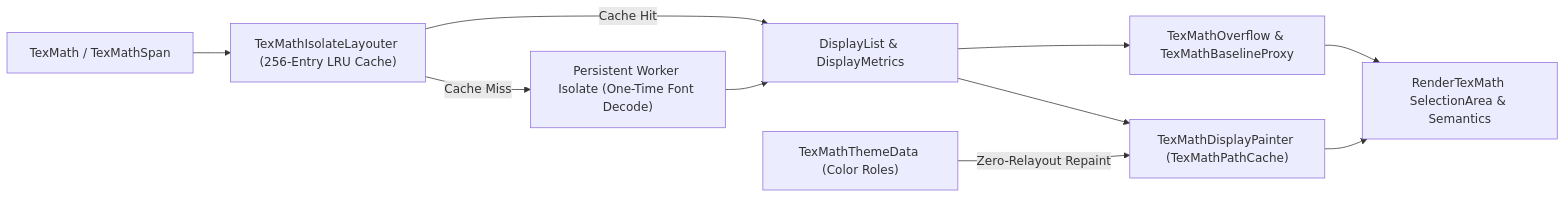
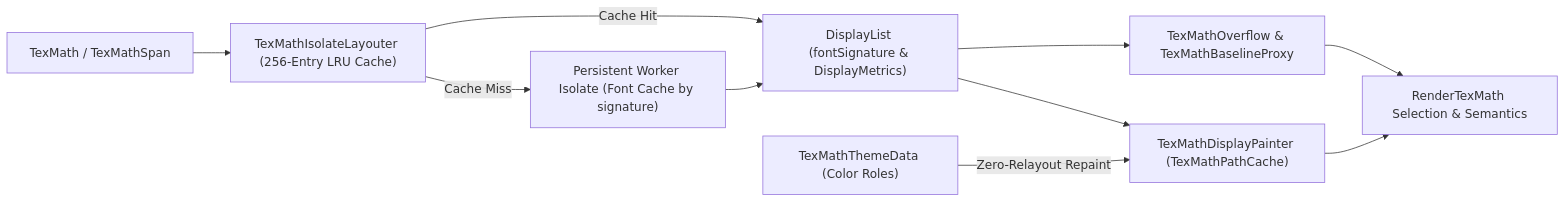
Before and after one commit to tkinnis/tex_math: the third of 3 diagrams in doc/ARCHITECTURE.md, drawn with Mermaid. The commit also changed other lines of this file and 16 other files, not shown here.

````diff
--- a/doc/ARCHITECTURE.md
+++ b/doc/ARCHITECTURE.md
@@ -148,12 +133,12 @@
 ```mermaid
 flowchart LR
   Widget["TexMath / TexMathSpan"] --> Layouter["TexMathIsolateLayouter (256-Entry LRU Cache)"]
-  Layouter -->|"Cache Miss"| Isolate["Persistent Worker Isolate (One-Time Font Decode)"]
-  Isolate --> DL["DisplayList & DisplayMetrics"]
+  Layouter -->|"Cache Miss"| Isolate["Persistent Worker Isolate (Font Cache by signature)"]
+  Isolate --> DL["DisplayList (fontSignature & DisplayMetrics)"]
   Layouter -->|"Cache Hit"| DL
   DL --> Painter["TexMathDisplayPainter (TexMathPathCache)"]
   Theme["TexMathThemeData (Color Roles)"] -->|"Zero-Relayout Repaint"| Painter
   DL --> Sizing["TexMathOverflow & TexMathBaselineProxy"]
-  Painter --> Access["RenderTexMath SelectionArea & Semantics"]
+  Painter --> Access["RenderTexMath Selection & Semantics"]
   Sizing --> Access
 ```
````
